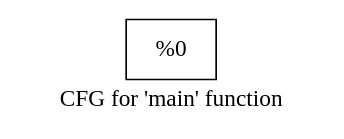
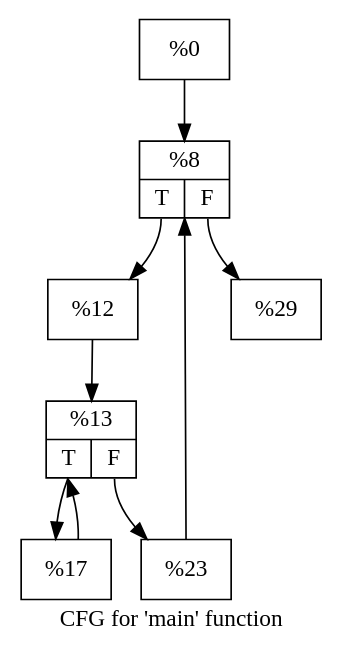
One commit to aaguasvivas/LLVM-SummerResearch2019 changed the diagram in llvm2019/build/bin/examples/.main.dot. Above: the diagram before and after it, drawn with Graphviz. The commit also changed 1 other file, not shown here.

```diff
--- a/llvm2019/build/bin/examples/.main.dot
+++ b/llvm2019/build/bin/examples/.main.dot
@@ -1,5 +1,19 @@
 digraph "CFG for 'main' function" {
 	label="CFG for 'main' function";
 
-	Node0x55d048e9b150 [shape=record,label="{%0}"];
+	Node0x56041e1b9e70 [shape=record,label="{%0}"];
+	Node0x56041e1b9e70 -> Node0x56041e1ba8f0;
+	Node0x56041e1ba8f0 [shape=record,label="{%8|{<s0>T|<s1>F}}"];
+	Node0x56041e1ba8f0:s0 -> Node0x56041e1b9fb0;
+	Node0x56041e1ba8f0:s1 -> Node0x56041e1bab60;
+	Node0x56041e1b9fb0 [shape=record,label="{%12}"];
+	Node0x56041e1b9fb0 -> Node0x56041e1bad80;
+	Node0x56041e1bad80 [shape=record,label="{%13|{<s0>T|<s1>F}}"];
+	Node0x56041e1bad80:s0 -> Node0x56041e1baf60;
+	Node0x56041e1bad80:s1 -> Node0x56041e1bafb0;
+	Node0x56041e1baf60 [shape=record,label="{%17}"];
+	Node0x56041e1baf60 -> Node0x56041e1bad80;
+	Node0x56041e1bafb0 [shape=record,label="{%23}"];
+	Node0x56041e1bafb0 -> Node0x56041e1ba8f0;
+	Node0x56041e1bab60 [shape=record,label="{%29}"];
 }
```
